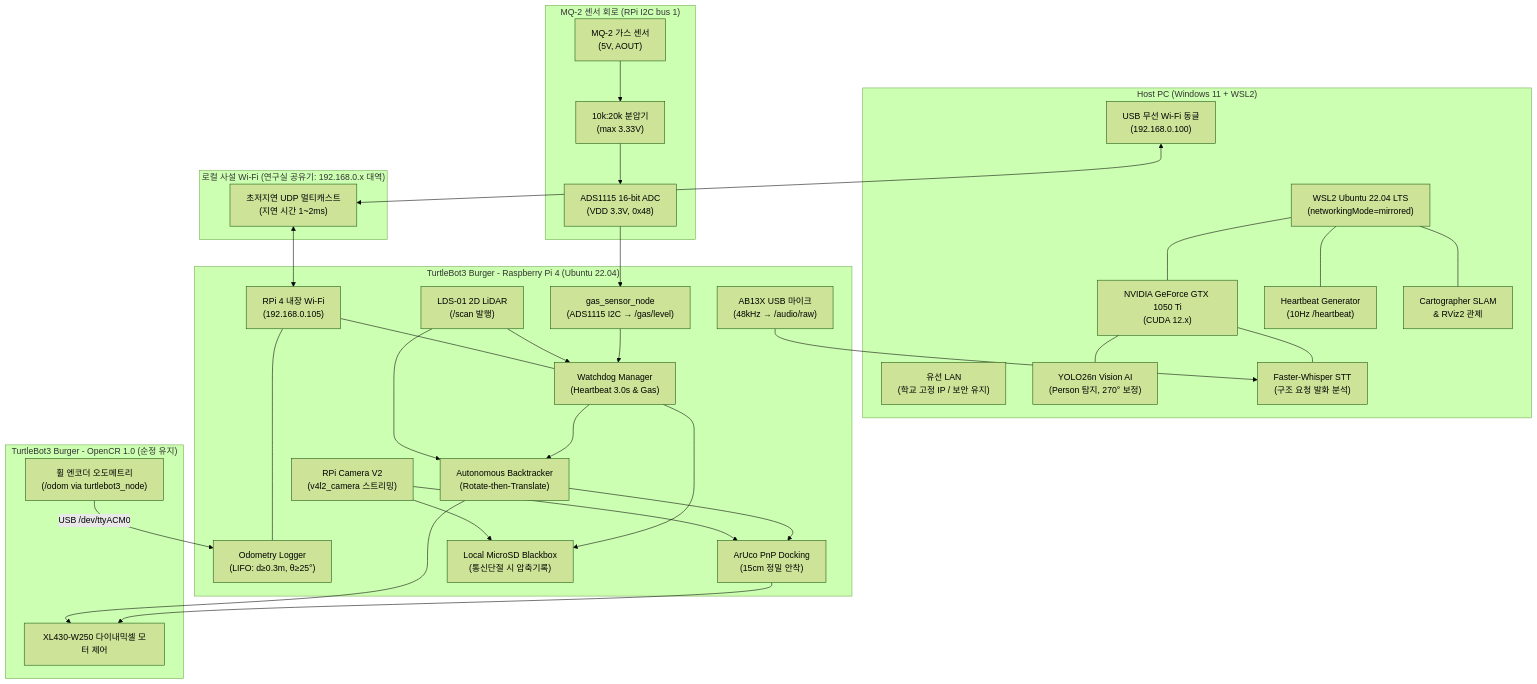
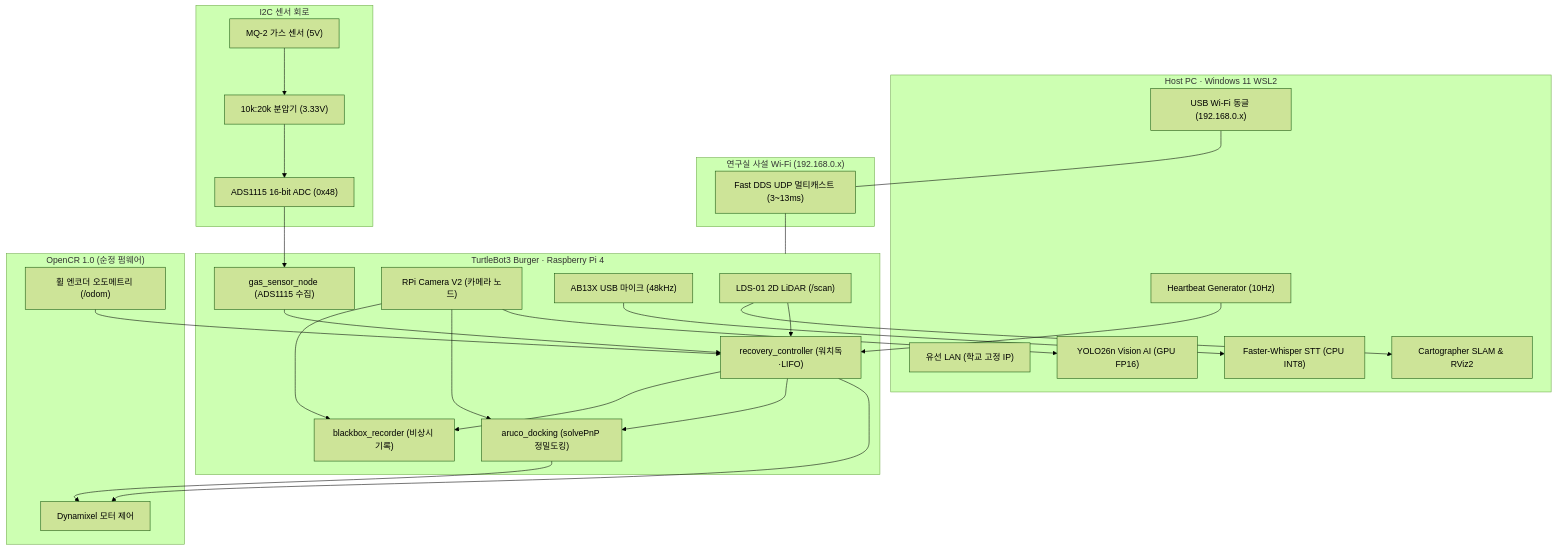
The first of 2 diagrams in docs/DISASTER_RECOVERY_GUIDEBOOK.md (rjw136-lab/disaster_recovery_ws), drawn with Mermaid (forest theme) before and after one commit. The commit also changed other lines of this file, not shown here.

Commit message:
fix(docs): Fix math block indentation and Mermaid syntax errors for mobile compatibility

````diff
--- a/docs/DISASTER_RECOVERY_GUIDEBOOK.md
+++ b/docs/DISASTER_RECOVERY_GUIDEBOOK.md
@@ -41,64 +41,55 @@
 ```mermaid
 flowchart TD
-    subgraph Host_PC ["Host PC (Windows 11 + WSL2)"]
-        NIC1["유선 LAN<br/>(학교 고정 IP / 보안 유지)"]
-        NIC2["USB 무선 Wi-Fi 동글<br/>(192.168.0.100)"]
-        WSL["WSL2 Ubuntu 22.04 LTS<br/>(networkingMode=mirrored)"]
-        GPU["NVIDIA GeForce GTX 1050 Ti<br/>(CUDA 12.x)"]
-        AI1["YOLO26n Vision AI<br/>(Person 탐지, 270° 보정)"]
-        AI2["Faster-Whisper STT<br/>(구조 요청 발화 분석)"]
-        HB["Heartbeat Generator<br/>(10Hz /heartbeat)"]
-        SLAM["Cartographer SLAM<br/>& RViz2 관제"]
+    subgraph HOST["Host PC · Windows 11 WSL2"]
+        NIC1["유선 LAN (학교 고정 IP)"]
+        NIC2["USB Wi-Fi 동글 (192.168.0.x)"]
+        AI1["YOLO26n Vision AI (GPU FP16)"]
+        AI2["Faster-Whisper STT (CPU INT8)"]
+        HB["Heartbeat Generator (10Hz)"]
+        SLAM["Cartographer SLAM & RViz2"]
     end
 
-    subgraph Network ["로컬 사설 Wi-Fi (연구실 공유기: 192.168.0.x 대역)"]
-        UDP["초저지연 UDP 멀티캐스트<br/>(지연 시간 1~2ms)"]
+    subgraph NET["연구실 사설 Wi-Fi (192.168.0.x)"]
+        UDP["Fast DDS UDP 멀티캐스트 (3~13ms)"]
     end
 
-    subgraph Robot_RPi ["TurtleBot3 Burger - Raspberry Pi 4 (Ubuntu 22.04)"]
-        WIFI_RPI["RPi 4 내장 Wi-Fi<br/>(192.168.0.105)"]
-        LDS["LDS-01 2D LiDAR<br/>(/scan 발행)"]
-        CAM["RPi Camera V2<br/>(v4l2_camera 스트리밍)"]
-        MIC["AB13X USB 마이크<br/>(48kHz → /audio/raw)"]
-        WLOG["Odometry Logger<br/>(LIFO: d≥0.3m, θ≥25°)"]
-        WDOG["Watchdog Manager<br/>(Heartbeat 3.0s & Gas)"]
-        BTRK["Autonomous Backtracker<br/>(Rotate-then-Translate)"]
-        ARUCO["ArUco PnP Docking<br/>(15cm 정밀 안착)"]
-        BBOX["Local MicroSD Blackbox<br/>(통신단절 시 압축기록)"]
-        GAS["gas_sensor_node<br/>(ADS1115 I2C → /gas/level)"]
+    subgraph RPI["TurtleBot3 Burger · Raspberry Pi 4"]
+        LDS["LDS-01 2D LiDAR (/scan)"]
+        CAM["RPi Camera V2 (카메라 노드)"]
+        MIC["AB13X USB 마이크 (48kHz)"]
+        RC["recovery_controller (워치독·LIFO)"]
+        AD["aruco_docking (solvePnP 정밀도킹)"]
+        BB["blackbox_recorder (비상시 기록)"]
+        GB["gas_sensor_node (ADS1115 수집)"]
     end
 
-    subgraph Sensor_Board ["MQ-2 센서 회로 (RPi I2C bus 1)"]
-        MQ2["MQ-2 가스 센서<br/>(5V, AOUT)"]
-        DIV["10k:20k 분압기<br/>(max 3.33V)"]
-        ADS["ADS1115 16-bit ADC<br/>(VDD 3.3V, 0x48)"]
+    subgraph SENS["I2C 센서 회로"]
+        MQ2["MQ-2 가스 센서 (5V)"]
+        DIV["10k:20k 분압기 (3.33V)"]
+        ADS["ADS1115 16-bit ADC (0x48)"]
     end
 
-    subgraph Robot_OpenCR ["TurtleBot3 Burger - OpenCR 1.0 (순정 유지)"]
-        DYNAMIXEL["XL430-W250 다이내믹셀 모터 제어"]
-        ENC["휠 엔코더 오도메트리<br/>(/odom via turtlebot3_node)"]
+    subgraph OCR["OpenCR 1.0 (순정 펌웨어)"]
+        MOT["Dynamixel 모터 제어"]
+        ENC["휠 엔코더 오도메트리 (/odom)"]
     end
 
-    NIC2 <--> UDP
-    UDP <--> WIFI_RPI
-    WSL --- GPU
-    GPU --- AI1
-    GPU --- AI2
-    WSL --- HB
-    WSL --- SLAM
-
-    WIFI_RPI --- WLOG
-    WIFI_RPI --- WDOG
-    LDS --> WDOG
-    LDS --> BTRK
-    CAM --> ARUCO
-    CAM --> BBOX
+    NIC2 --- UDP
+    UDP --- RPI
+    HB --> RC
+    LDS --> RC
+    LDS --> SLAM
+    CAM --> AI1
+    CAM --> AD
+    CAM --> BB
     MIC --> AI2
-    WDOG --> BTRK
-    BTRK --> ARUCO
-    WDOG --> BBOX
-    MQ2 --> DIV --> ADS --> GAS --> WDOG
-    ENC -- "USB /dev/ttyACM0" --> WLOG
-    BTRK --> DYNAMIXEL
-    ARUCO --> DYNAMIXEL
+    ENC --> RC
+    RC --> MOT
+    AD --> MOT
+    RC --> AD
+    RC --> BB
+    MQ2 --> DIV
+    DIV --> ADS
+    ADS --> GB
+    GB --> RC
 ```
````
